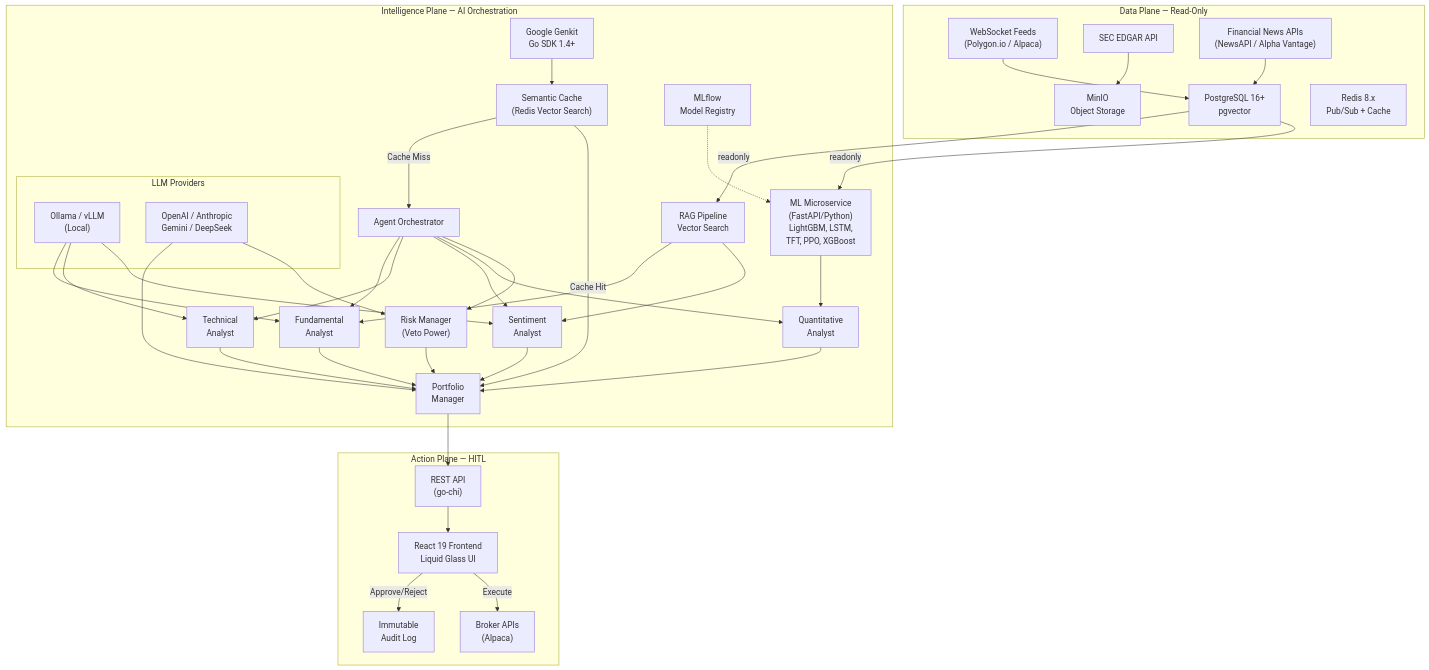
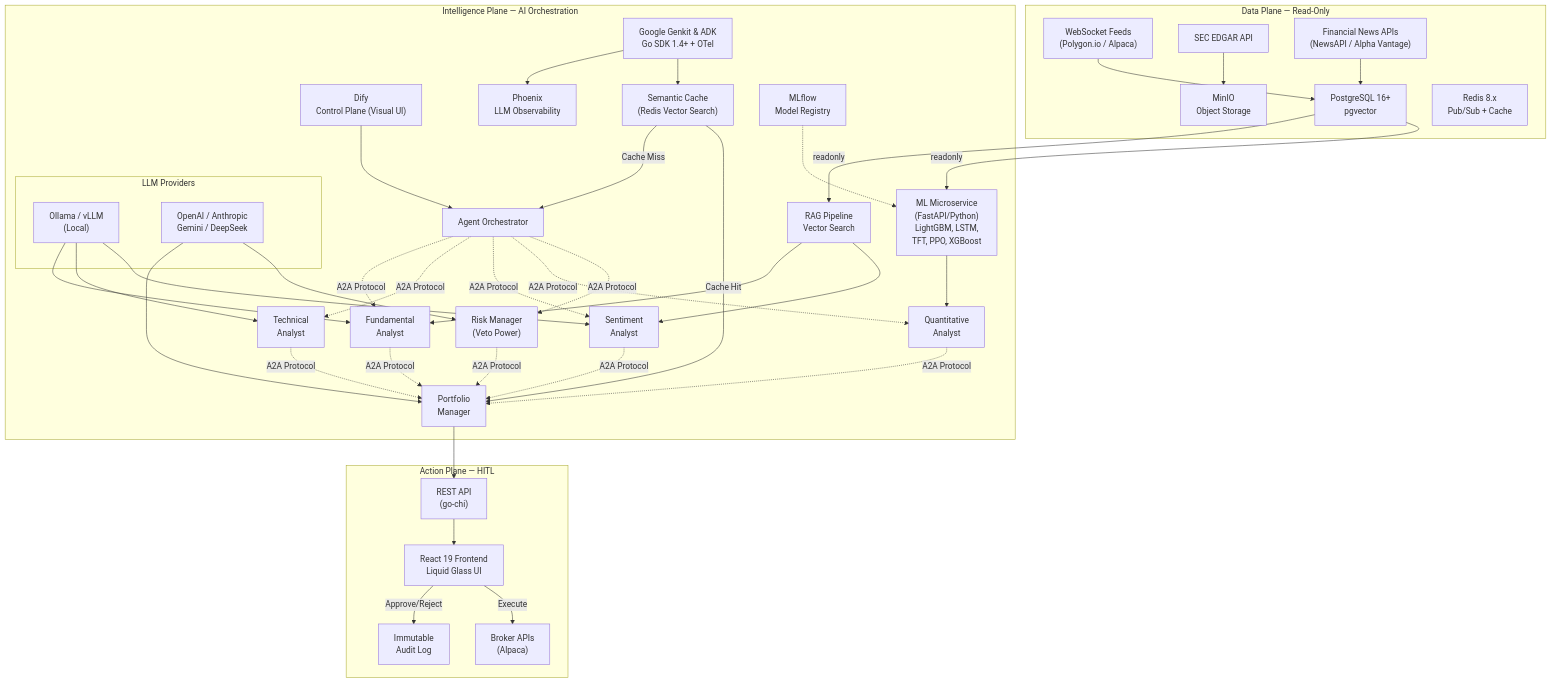
The first of 15 diagrams in docs/architecture/Architecture_Document.md (veerababumanyam/OmniTrade), drawn with Mermaid before and after one commit. The commit also changed other lines of this file and 11 other files, not shown here.

Commit message:
docs: Architecture updates and internal setup

````diff
--- a/docs/architecture/Architecture_Document.md
+++ b/docs/architecture/Architecture_Document.md
@@ -42,58 +42,62 @@
 ```mermaid
 graph TB
     subgraph "Data Plane — Read-Only"
         WS["WebSocket Feeds<br/>(Polygon.io / Alpaca)"]
         SEC["SEC EDGAR API"]
         NEWS["Financial News APIs<br/>(NewsAPI / Alpha Vantage)"]
         MINIO["MinIO<br/>Object Storage"]
         PG["PostgreSQL 16+<br/>pgvector"]
         REDIS["Redis 8.x<br/>Pub/Sub + Cache"]
     end
 
     subgraph "Intelligence Plane — AI Orchestration"
-        GENKIT["Google Genkit<br/>Go SDK 1.4+"]
+        DIFY["Dify<br/>Control Plane (Visual UI)"]
+        GENKIT["Google Genkit & ADK<br/>Go SDK 1.4+ + OTel"]
+        PHOENIX["Phoenix<br/>LLM Observability"]
         SEMANTIC_CACHE["Semantic Cache<br/>(Redis Vector Search)"]
         ORCH["Agent Orchestrator"]
         FA["Fundamental<br/>Analyst"]
         TA["Technical<br/>Analyst"]
         SA["Sentiment<br/>Analyst"]
         QA["Quantitative<br/>Analyst"]
         RM["Risk Manager<br/>(Veto Power)"]
         PM["Portfolio<br/>Manager"]
         RAG["RAG Pipeline<br/>Vector Search"]
         ML["ML Microservice<br/>(FastAPI/Python)<br/>LightGBM, LSTM,<br/>TFT, PPO, XGBoost"]
         MLFLOW["MLflow<br/>Model Registry"]
         subgraph "LLM Providers"
             LOCAL["Ollama / vLLM<br/>(Local)"]
             CLOUD["OpenAI / Anthropic<br/>Gemini / DeepSeek"]
         end
     end
 
     subgraph "Action Plane — HITL"
         API["REST API<br/>(go-chi)"]
         FE["React 19 Frontend<br/>Liquid Glass UI"]
         AUDIT["Immutable<br/>Audit Log"]
         BROKER["Broker APIs<br/>(Alpaca)"]
     end
 
     WS --> PG
     SEC --> MINIO
     NEWS --> PG
     PG -- "readonly" --> RAG
     RAG --> FA
     RAG --> SA
+    DIFY --> ORCH
+    GENKIT --> PHOENIX
     GENKIT --> SEMANTIC_CACHE
     SEMANTIC_CACHE -- "Cache Miss" --> ORCH
     SEMANTIC_CACHE -- "Cache Hit" --> PM
-    ORCH --> FA & TA & SA & QA & RM
+    ORCH -. "A2A Protocol" .-> FA & TA & SA & QA & RM
     PG -- "readonly" --> ML
     ML --> QA
     MLFLOW -.-> ML
-    FA & TA & SA & QA & RM --> PM
+    FA & TA & SA & QA & RM -. "A2A Protocol" .-> PM
     PM --> API
     API --> FE
     FE -- "Approve/Reject" --> AUDIT
     FE -- "Execute" --> BROKER
     LOCAL --> FA & TA & SA
     CLOUD --> PM & RM
 ```
````
